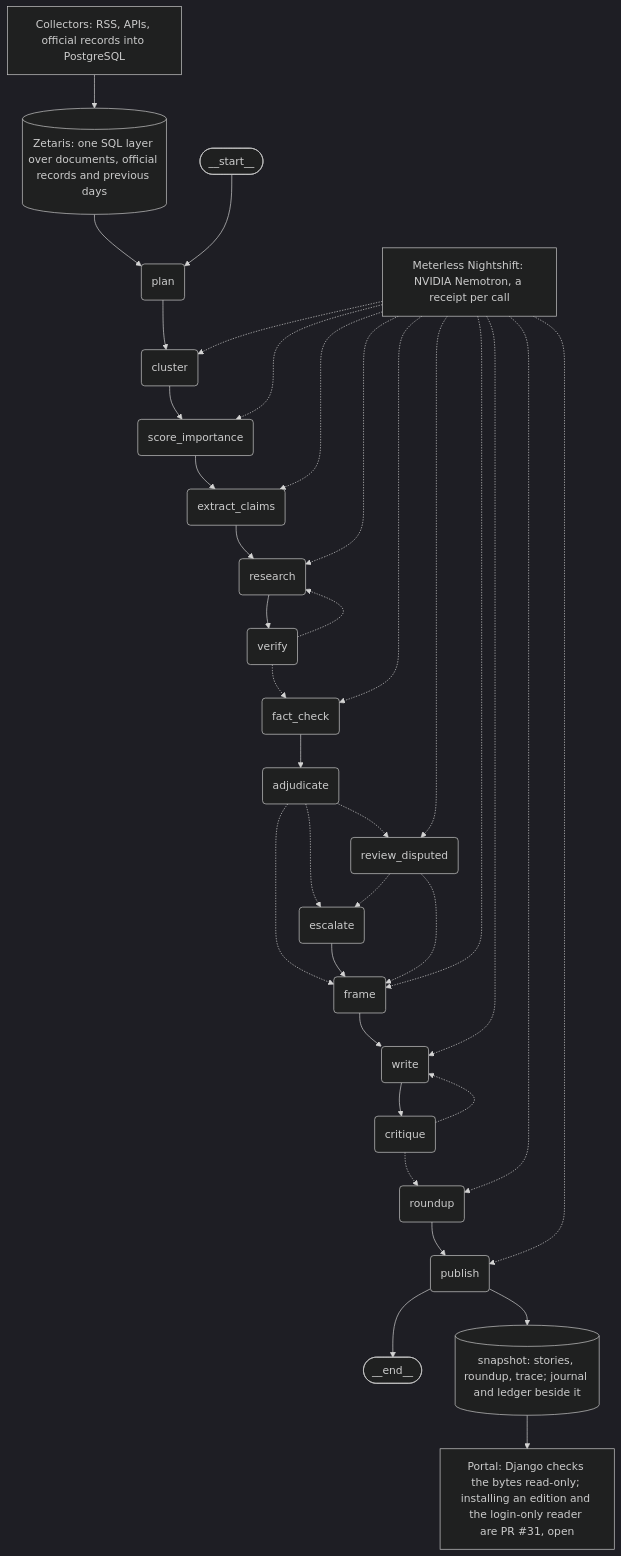
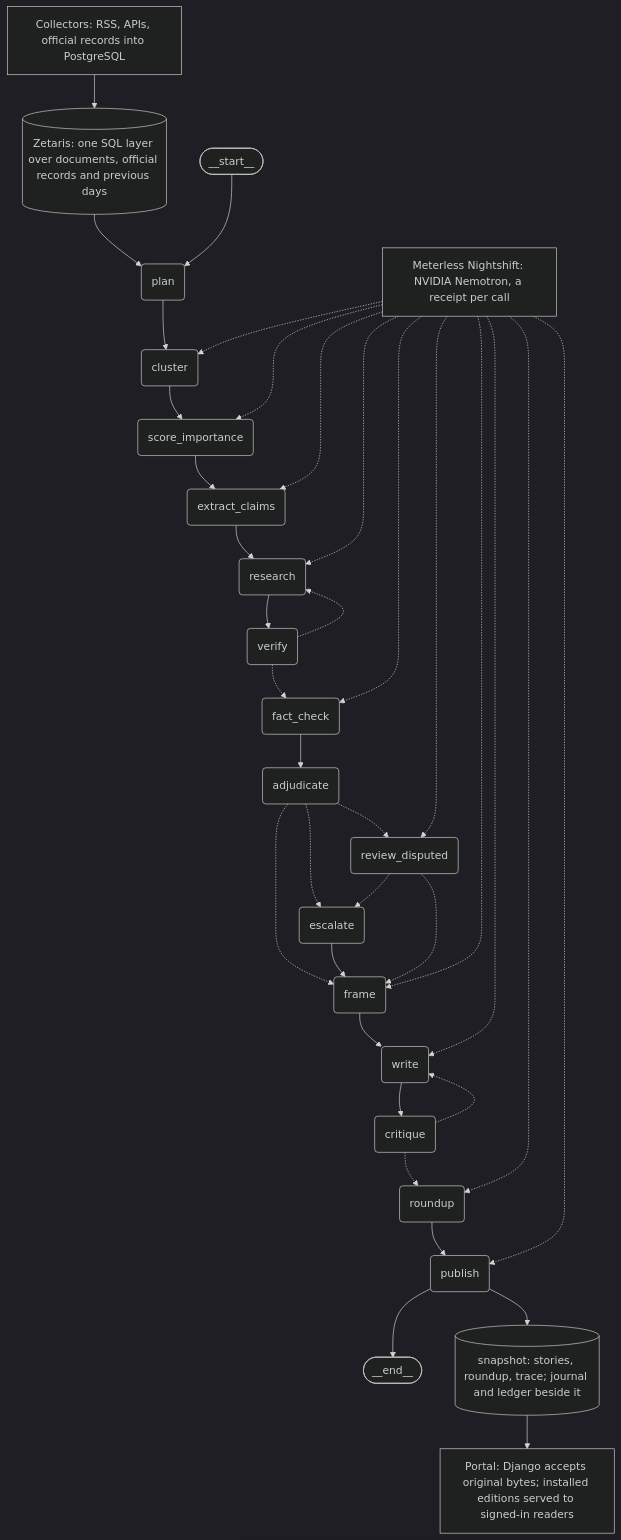
The diagram in README.md (rcc00n/Quorum), drawn with Mermaid (dark theme) before and after one commit. The commit also changed other lines of this file, not shown here.

Commit message:
docs: link genuine authenticated live edition from project readme

````diff
--- a/README.md
+++ b/README.md
@@ -59,54 +64,54 @@
 ```mermaid
 graph TD
 	C[Collectors: RSS, APIs, official records into PostgreSQL] --> Z[(Zetaris: one SQL layer over documents, official records and previous days)]
 	Z --> plan
 	__start__([__start__]) --> plan
 	plan(plan)
 	cluster(cluster)
 	score_importance(score_importance)
 	extract_claims(extract_claims)
 	research(research)
 	verify(verify)
 	fact_check(fact_check)
 	adjudicate(adjudicate)
 	review_disputed(review_disputed)
 	escalate(escalate)
 	frame(frame)
 	write(write)
 	critique(critique)
 	roundup(roundup)
 	publish(publish)
 	__end__([__end__])
 	adjudicate -.-> escalate;
 	adjudicate -.-> frame;
 	adjudicate -.-> review_disputed;
 	cluster --> score_importance;
 	critique -.-> roundup;
 	critique -.-> write;
 	escalate --> frame;
 	extract_claims --> research;
 	fact_check --> adjudicate;
 	frame --> write;
 	plan --> cluster;
 	research --> verify;
 	review_disputed -.-> escalate;
 	review_disputed -.-> frame;
 	roundup --> publish;
 	score_importance --> extract_claims;
 	verify -.-> fact_check;
 	verify -.-> research;
 	write --> critique;
 	publish --> __end__;
 	M[Meterless Nightshift: NVIDIA Nemotron, a receipt per call] -.-> cluster
 	M -.-> score_importance
 	M -.-> extract_claims
 	M -.-> research
 	M -.-> fact_check
 	M -.-> review_disputed
 	M -.-> frame
 	M -.-> write
 	M -.-> roundup
 	M -.-> publish
 	publish --> S[(snapshot: stories, roundup, trace; journal and ledger beside it)]
-	S --> P[Portal: Django checks the bytes read-only; installing an edition and the login-only reader are PR #31, open]
+	S --> P[Portal: Django accepts original bytes; installed editions served to signed-in readers]
 ```
````
